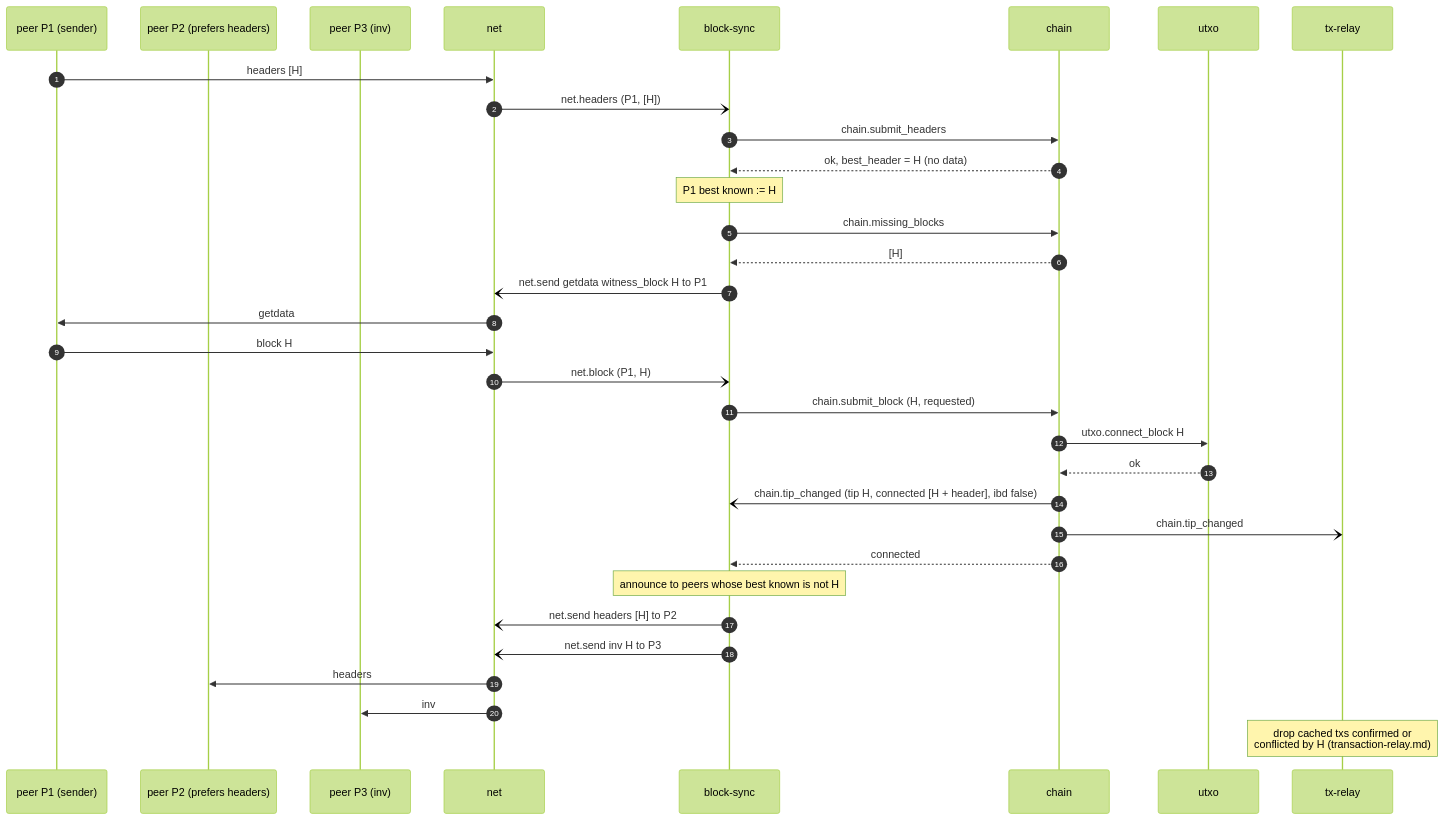
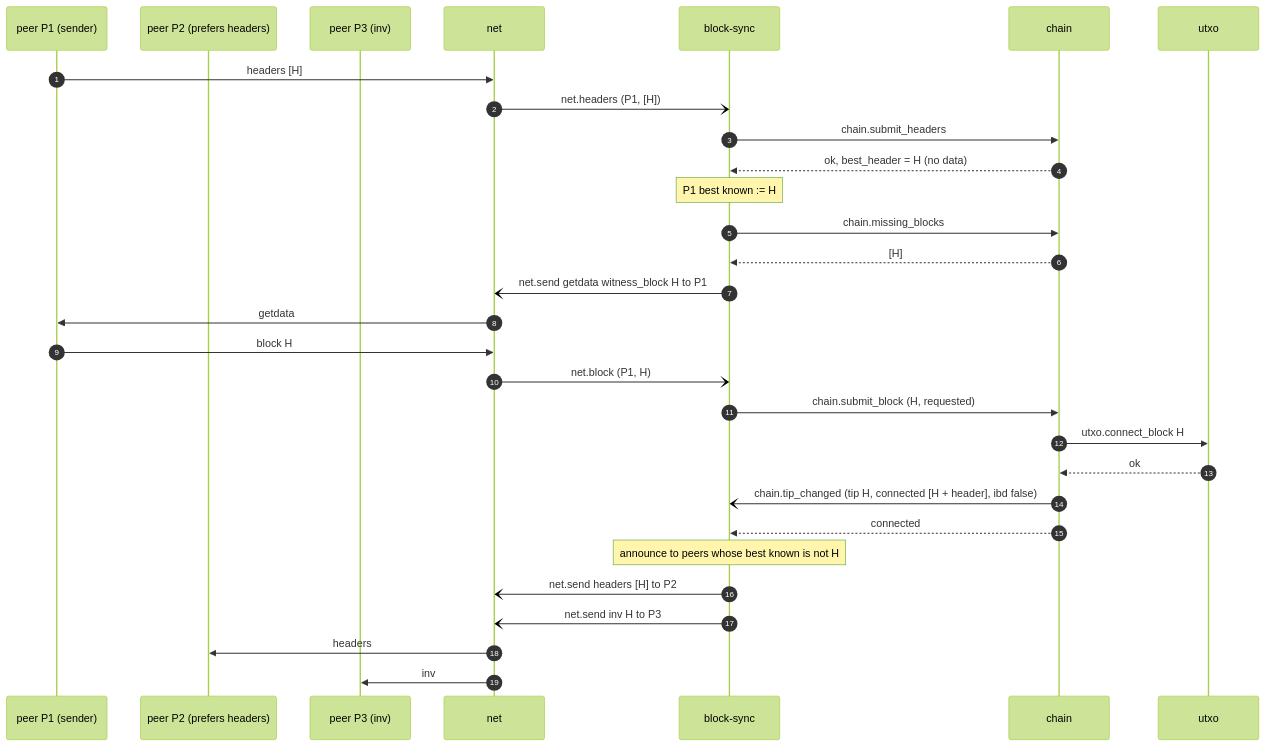
One commit to RustBTCD/btcd changed the first of 3 diagrams in docs/flows/new-block-relay.md. Above: the diagram before and after it, drawn with Mermaid (forest theme). The commit also changed other lines of this file and 31 other files, not shown here.

````diff
--- a/docs/flows/new-block-relay.md
+++ b/docs/flows/new-block-relay.md
@@ -7,36 +8,33 @@
 ```mermaid
 sequenceDiagram
     autonumber
     participant P1 as peer P1 (sender)
     participant P2 as peer P2 (prefers headers)
     participant P3 as peer P3 (inv)
     participant N as net
     participant BS as block-sync
     participant C as chain
     participant U as utxo
-    participant TR as tx-relay
 
     P1->>N: headers [H]
     N-)BS: net.headers (P1, [H])
     BS->>C: chain.submit_headers
     C-->>BS: ok, best_header = H (no data)
     Note over BS: P1 best known := H
     BS->>C: chain.missing_blocks
     C-->>BS: [H]
     BS-)N: net.send getdata witness_block H to P1
     N->>P1: getdata
     P1->>N: block H
     N-)BS: net.block (P1, H)
     BS->>C: chain.submit_block (H, requested)
     C->>U: utxo.connect_block H
     U-->>C: ok
     C-)BS: chain.tip_changed (tip H, connected [H + header], ibd false)
-    C-)TR: chain.tip_changed
     C-->>BS: connected
     Note over BS: announce to peers whose best known is not H
     BS-)N: net.send headers [H] to P2
     BS-)N: net.send inv H to P3
     N->>P2: headers
     N->>P3: inv
-    Note over TR: drop cached txs confirmed or<br/>conflicted by H (transaction-relay.md)
 ```
````
